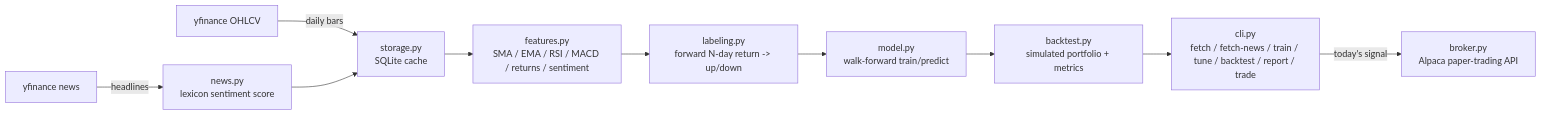
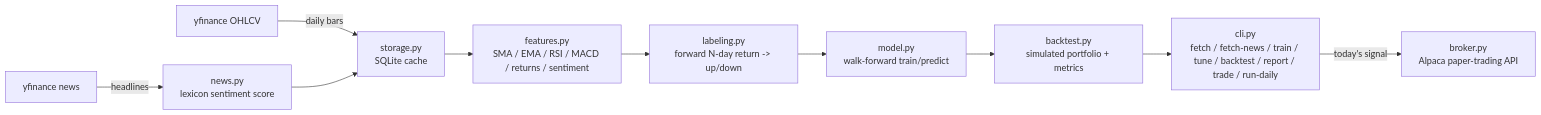
Before and after one commit to petraviii/personal-projects: the diagram in paper-trading-ml/README.md, drawn with Mermaid. The commit also changed other lines of this file and 3 other files, not shown here.

````diff
--- a/paper-trading-ml/README.md
+++ b/paper-trading-ml/README.md
@@ -13,12 +13,12 @@
 ```mermaid
 flowchart LR
     A[yfinance OHLCV] -->|daily bars| B[storage.py<br/>SQLite cache]
     N[yfinance news] -->|headlines| S[news.py<br/>lexicon sentiment score]
     S --> B
     B --> C[features.py<br/>SMA / EMA / RSI / MACD / returns / sentiment]
     C --> D[labeling.py<br/>forward N-day return -> up/down]
     D --> E[model.py<br/>walk-forward train/predict]
     E --> F[backtest.py<br/>simulated portfolio + metrics]
-    F --> G[cli.py<br/>fetch / fetch-news / train / tune / backtest / report / trade]
+    F --> G[cli.py<br/>fetch / fetch-news / train / tune / backtest / report / trade / run-daily]
     G -->|today's signal| H[broker.py<br/>Alpaca paper-trading API]
 ```
````
